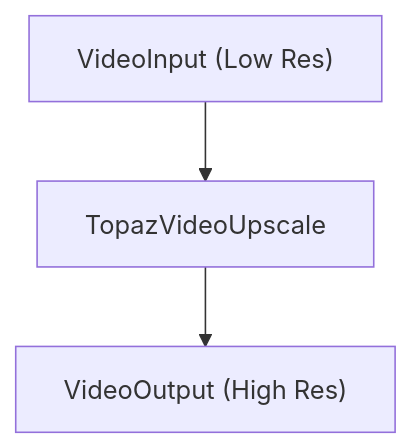
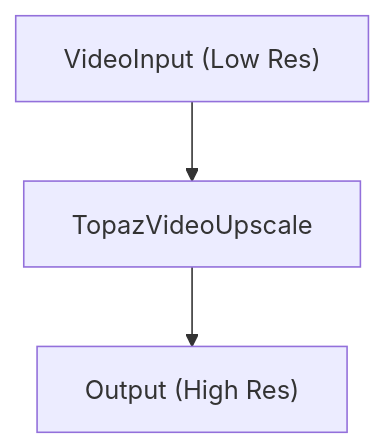
Before and after one commit to nodetool-ai/nodetool: diagram 16 of 17 in docs/cookbook/patterns.md, drawn with Mermaid. The commit also changed other lines of this file and 24 other files, not shown here.

```diff
--- a/docs/cookbook/patterns.md
+++ b/docs/cookbook/patterns.md
@@ -551,8 +551,8 @@
 {% mermaid %}
 graph TD
   video_input["VideoInput (Low Res)"]
-  video_output["VideoOutput (High Res)"]
+  output["Output (High Res)"]
   topaz_upscale["TopazVideoUpscale"]
   video_input --> topaz_upscale
-  topaz_upscale --> video_output
+  topaz_upscale --> output
 {% endmermaid %}
```
